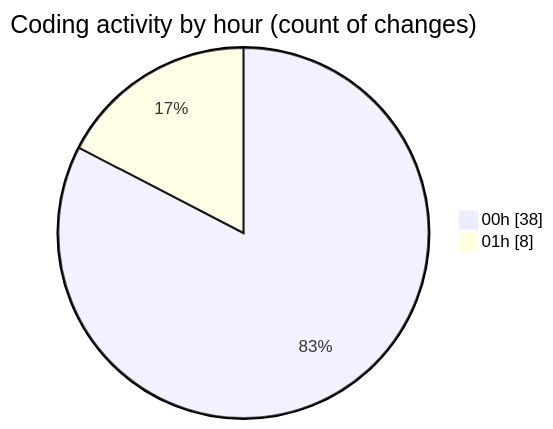
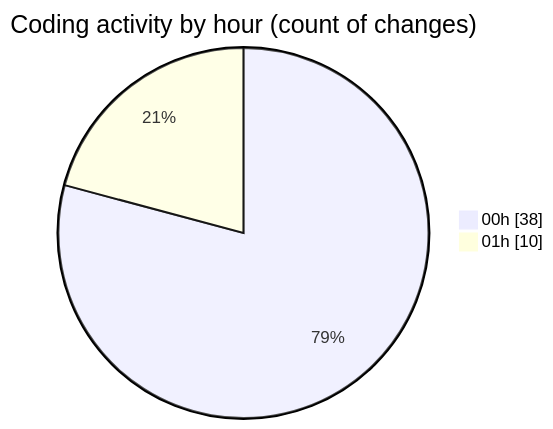
Before and after one commit to donsfak/code-tracking: the second of 2 diagrams in 2025-03-08/uber_clone/README.md, drawn with Mermaid. The commit also changed other lines of this file and 1 other file, not shown here.

````diff
--- a/2025-03-08/uber_clone/README.md
+++ b/2025-03-08/uber_clone/README.md
@@ -29,6 +31,6 @@
 ```mermaid
 pie showData
 title Coding activity by hour (count of changes)
 "00h" : 38
-"01h" : 8
+"01h" : 10
 ```
````
